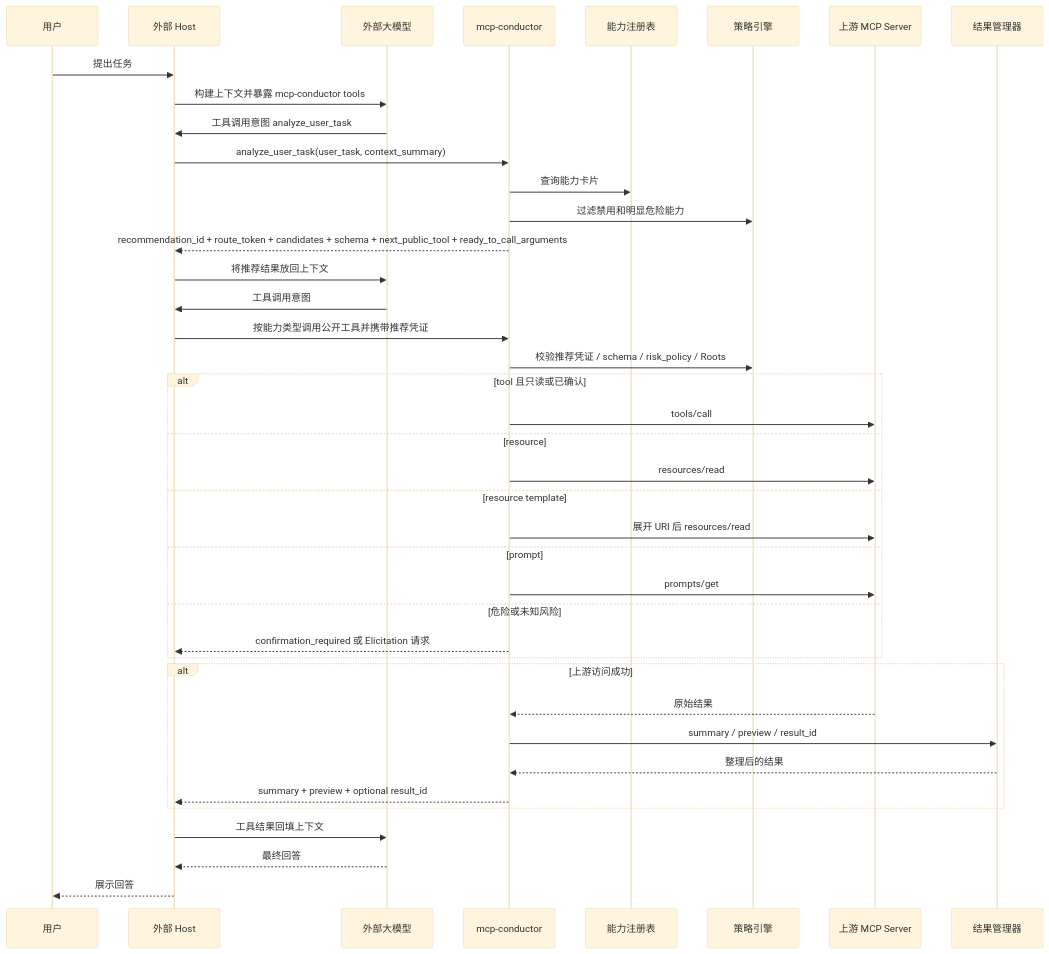
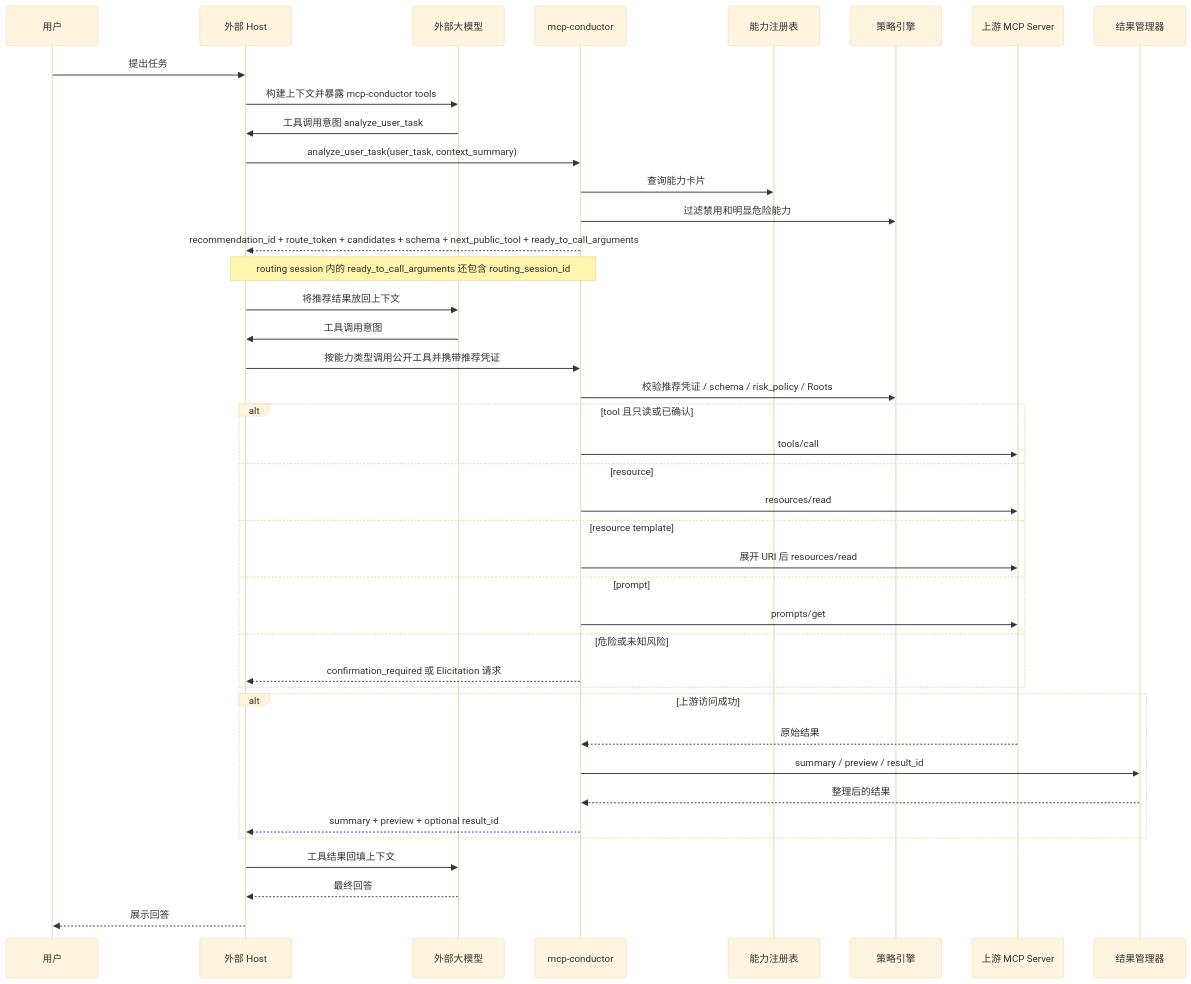
The fourth of 8 diagrams in docs/project-structure/02-final-architecture-diagram.md (TangRj-Git/mcp-conductor), drawn with Mermaid (base theme) before and after one commit. The commit also changed other lines of this file and 31 other files, not shown here.

````diff
--- a/docs/project-structure/02-final-architecture-diagram.md
+++ b/docs/project-structure/02-final-architecture-diagram.md
@@ -162,48 +175,49 @@
 ```mermaid
 sequenceDiagram
     participant User as 用户
     participant Host as 外部 Host
     participant Model as 外部大模型
     participant Conductor as mcp-conductor
     participant Registry as 能力注册表
     participant Policy as 策略引擎
     participant Upstream as 上游 MCP Server
     participant Results as 结果管理器
 
     User->>Host: 提出任务
     Host->>Model: 构建上下文并暴露 mcp-conductor tools
     Model->>Host: 工具调用意图 analyze_user_task
     Host->>Conductor: analyze_user_task(user_task, context_summary)
     Conductor->>Registry: 查询能力卡片
     Conductor->>Policy: 过滤禁用和明显危险能力
     Conductor-->>Host: recommendation_id + route_token + candidates + schema + next_public_tool + ready_to_call_arguments
+    Note over Conductor,Host: routing session 内的 ready_to_call_arguments 还包含 routing_session_id
 
     Host->>Model: 将推荐结果放回上下文
     Model->>Host: 工具调用意图
     Host->>Conductor: 按能力类型调用公开工具并携带推荐凭证
 
     Conductor->>Policy: 校验推荐凭证 / schema / risk_policy / Roots
 
     alt tool 且只读或已确认
         Conductor->>Upstream: tools/call
     else resource
         Conductor->>Upstream: resources/read
     else resource template
         Conductor->>Upstream: 展开 URI 后 resources/read
     else prompt
         Conductor->>Upstream: prompts/get
     else 危险或未知风险
         Conductor-->>Host: confirmation_required 或 Elicitation 请求
     end
 
     alt 上游访问成功
         Upstream-->>Conductor: 原始结果
         Conductor->>Results: summary / preview / result_id
         Results-->>Conductor: 整理后的结果
         Conductor-->>Host: summary + preview + optional result_id
     end
 
     Host->>Model: 工具结果回填上下文
     Model-->>Host: 最终回答
     Host-->>User: 展示回答
 ```
````
